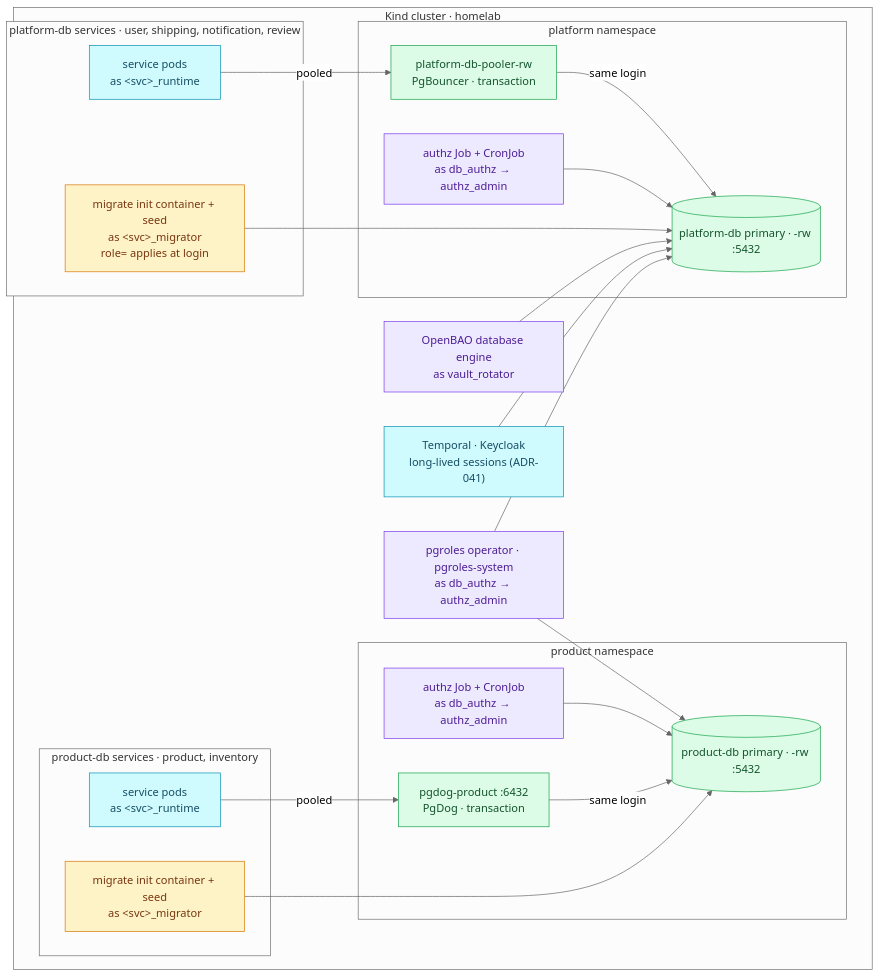
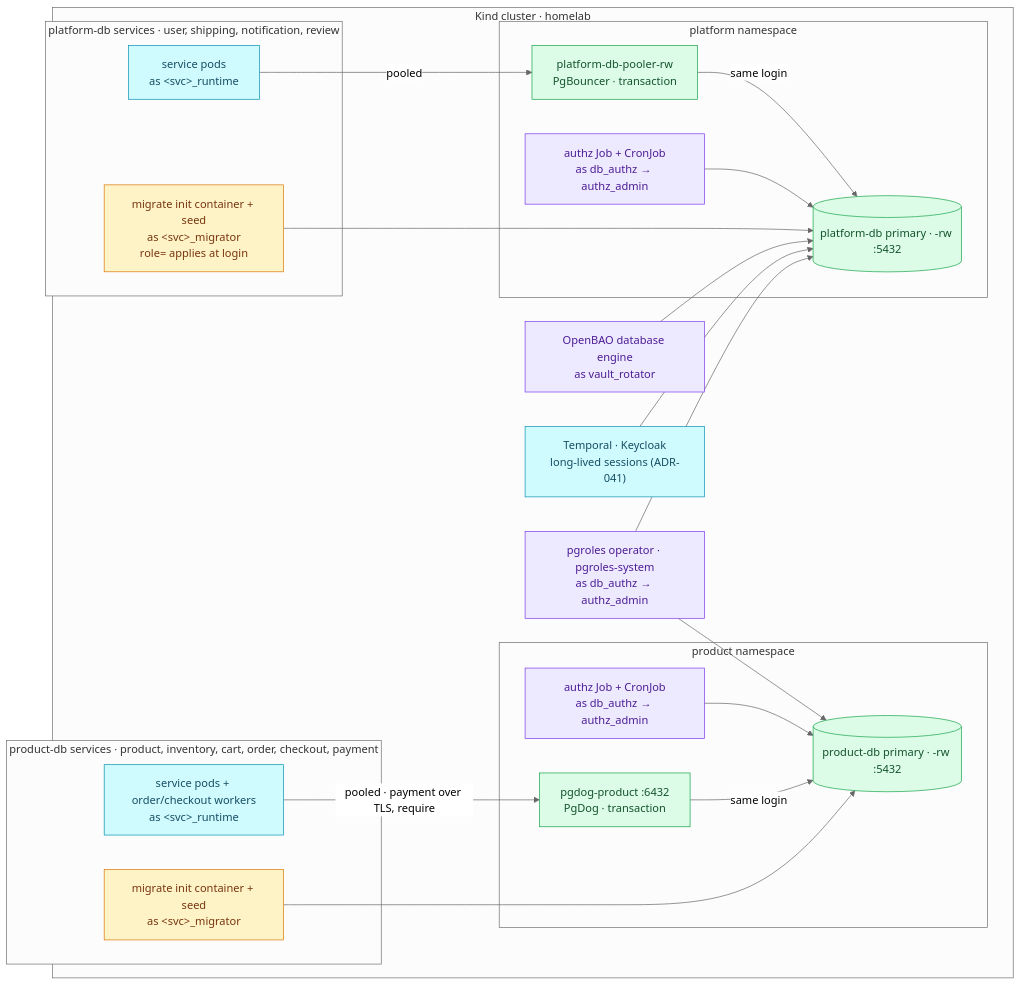
One commit to duynhlab/homelab changed the first of 2 diagrams in docs/databases/authorization.md. Above: the diagram before and after it, drawn with Mermaid (neutral theme). The commit also changed other lines of this file and 59 other files, not shown here.

````diff
--- a/docs/databases/authorization.md
+++ b/docs/databases/authorization.md
@@ -56,42 +56,42 @@
 ```mermaid
 flowchart TB
     subgraph cluster["Kind cluster · homelab"]
         subgraph papps["platform-db services · user, shipping, notification, review"]
             ppod["service pods<br/>as &lt;svc&gt;_runtime"]:::service
             pmig["migrate init container + seed<br/>as &lt;svc&gt;_migrator<br/>role= applies at login"]:::worker
         end
-        subgraph rapps["product-db services · product, inventory"]
-            rpod["service pods<br/>as &lt;svc&gt;_runtime"]:::service
+        subgraph rapps["product-db services · product, inventory, cart, order, checkout, payment"]
+            rpod["service pods + order/checkout workers<br/>as &lt;svc&gt;_runtime"]:::service
             rmig["migrate init container + seed<br/>as &lt;svc&gt;_migrator"]:::worker
         end
         pgr["pgroles operator · pgroles-system<br/>as db_authz → authz_admin"]:::platform
         bao["OpenBAO database engine<br/>as vault_rotator"]:::platform
         other["Temporal · Keycloak<br/>long-lived sessions (ADR-041)"]:::service
         subgraph plat["platform namespace"]
             pjob["authz Job + CronJob<br/>as db_authz → authz_admin"]:::platform
             pooler["platform-db-pooler-rw<br/>PgBouncer · transaction"]:::data
             prw[("platform-db primary · -rw :5432")]:::data
         end
         subgraph prod["product namespace"]
             rjob["authz Job + CronJob<br/>as db_authz → authz_admin"]:::platform
             pgdog["pgdog-product :6432<br/>PgDog · transaction"]:::data
             rrw[("product-db primary · -rw :5432")]:::data
         end
     end
 
     ppod -->|"pooled"| pooler -->|"same login"| prw
     pmig --> prw
     pjob --> prw
     bao --> prw
     other --> prw
-    rpod -->|"pooled"| pgdog -->|"same login"| rrw
+    rpod -->|"pooled · payment over TLS, require"| pgdog -->|"same login"| rrw
     rmig --> rrw
     rjob --> rrw
     pgr --> prw
     pgr --> rrw
 
     classDef service fill:#cffafe,color:#164e63,stroke:#0891b2;
     classDef worker fill:#fef3c7,color:#78350f,stroke:#d97706;
     classDef platform fill:#ede9fe,color:#4c1d95,stroke:#7c3aed;
     classDef data fill:#dcfce7,color:#14532d,stroke:#16a34a;
 ```
````
